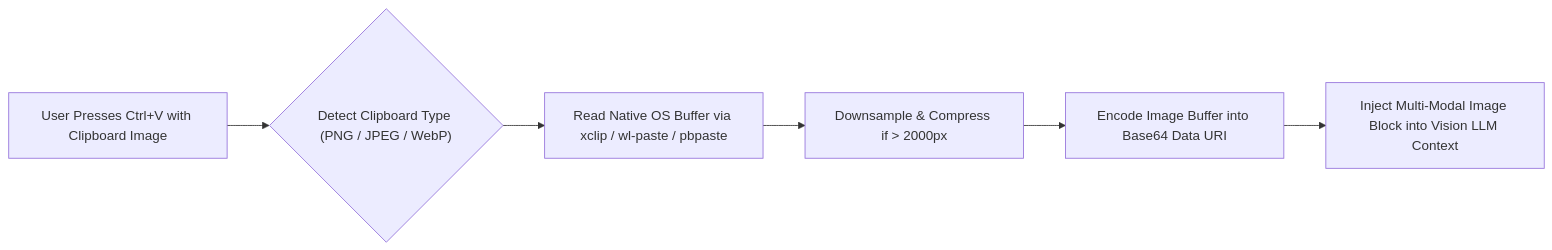
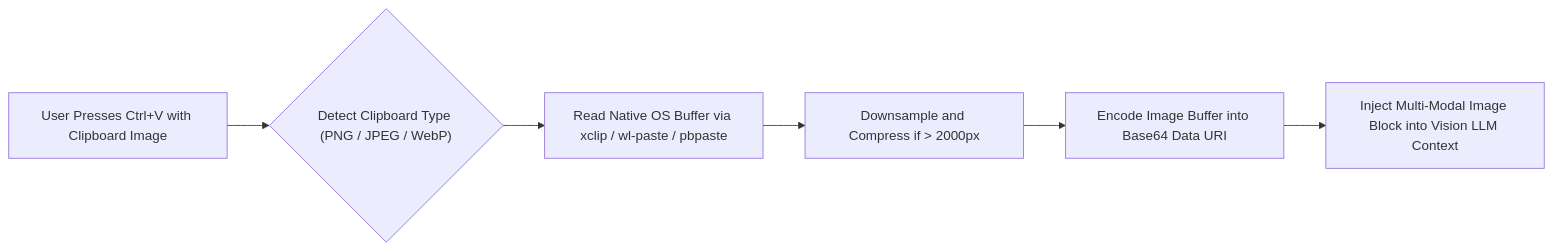
Diagram 18 of 24 in README.md (KerberoSec/KerberoSec-CLI), drawn with Mermaid before and after one commit. The commit also changed other lines of this file and 5 other files, not shown here.

````diff
--- a/README.md
+++ b/README.md
@@ -539,8 +646,8 @@
 ```mermaid
 flowchart LR
     PasteEvent["User Presses Ctrl+V with Clipboard Image"] --> DetectClipboard{"Detect Clipboard Type (PNG / JPEG / WebP)"}
     DetectClipboard --> ReadBuffer["Read Native OS Buffer via xclip / wl-paste / pbpaste"]
-    ReadBuffer --> Downsample["Downsample & Compress if > 2000px"]
+    ReadBuffer --> Downsample["Downsample and Compress if > 2000px"]
     Downsample --> Base64Encode["Encode Image Buffer into Base64 Data URI"]
     Base64Encode --> ContextInject["Inject Multi-Modal Image Block into Vision LLM Context"]
 ```
````
